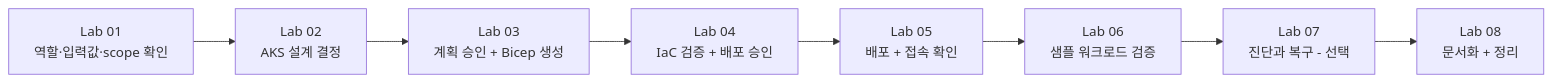
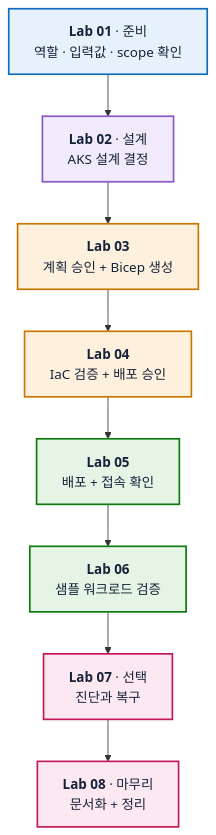
Before and after one commit to wonsungso/azure-infra-skills-workshop: the diagram in README.md, drawn with Mermaid. The commit also changed other lines of this file and 2 other files, not shown here.

Commit message:
Replace wide horizontal flowchart with phase-banded overview diagram
Adds img/workshop-flow.png (generated by img/workshop-flow.py) as the README hero visual and keeps a vertical, color-coded Mermaid version in a collapsible section.

````diff
--- a/README.md
+++ b/README.md
@@ -9,10 +16,25 @@
 ```mermaid
-flowchart LR
-	A[Lab 01\n역할·입력값·scope 확인] --> B[Lab 02\nAKS 설계 결정]
-	B --> C[Lab 03\n계획 승인 + Bicep 생성]
-	C --> D[Lab 04\nIaC 검증 + 배포 승인]
-	D --> E[Lab 05\n배포 + 접속 확인]
-	E --> F[Lab 06\n샘플 워크로드 검증]
-	F --> G[Lab 07\n진단과 복구 - 선택]
-	G --> H[Lab 08\n문서화 + 정리]
+flowchart TB
+    A["<b>Lab 01</b> · 준비<br/>역할 · 입력값 · scope 확인"]
+    B["<b>Lab 02</b> · 설계<br/>AKS 설계 결정"]
+    C["<b>Lab 03</b><br/>계획 승인 + Bicep 생성"]
+    D["<b>Lab 04</b><br/>IaC 검증 + 배포 승인"]
+    E["<b>Lab 05</b><br/>배포 + 접속 확인"]
+    F["<b>Lab 06</b><br/>샘플 워크로드 검증"]
+    G["<b>Lab 07</b> · 선택<br/>진단과 복구"]
+    H["<b>Lab 08</b> · 마무리<br/>문서화 + 정리"]
+
+    A --> B --> C --> D --> E --> F --> G --> H
+
+    classDef prep fill:#E7F1FB,stroke:#0F6CBD,stroke-width:2px,color:#16233A
+    classDef design fill:#F1EAFA,stroke:#8A57C2,stroke-width:2px,color:#16233A
+    classDef build fill:#FDF1DE,stroke:#C77700,stroke-width:2px,color:#16233A
+    classDef run fill:#E6F4E6,stroke:#0E7A0D,stroke-width:2px,color:#16233A
+    classDef wrap fill:#FCE8F1,stroke:#C2185B,stroke-width:2px,color:#16233A
+
+    class A prep
+    class B design
+    class C,D build
+    class E,F run
+    class G,H wrap
 ```
````
